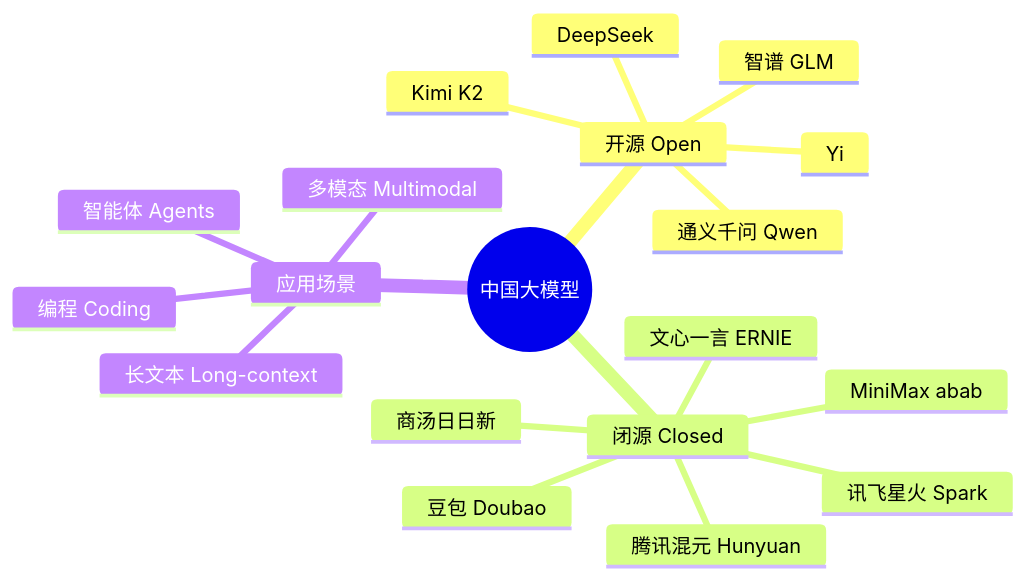
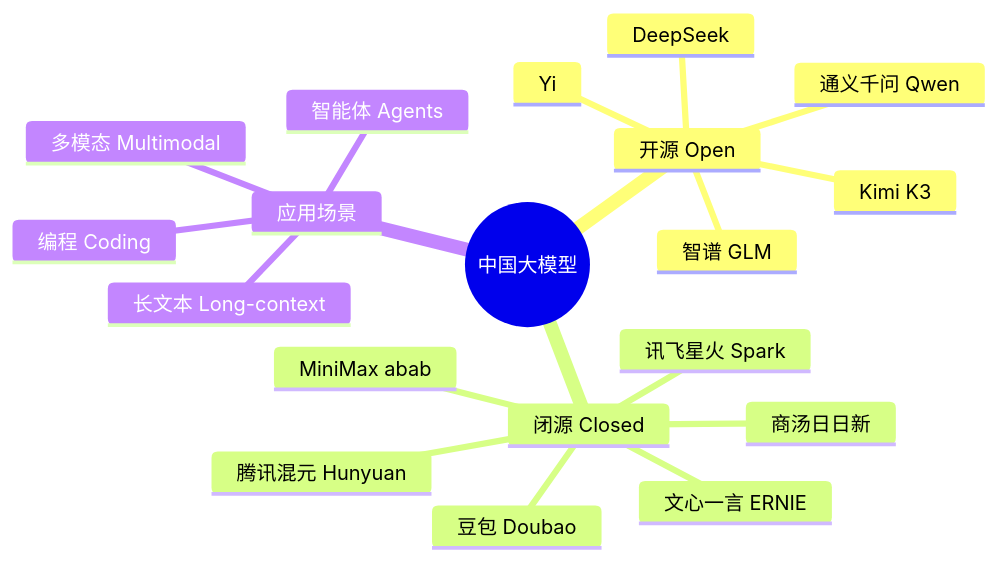
Before and after one commit to HoobenWang/awesome-llm-landscape: the third of 3 diagrams in README.md, drawn with Mermaid. The commit also changed other lines of this file and 2 other files, not shown here.

````diff
--- a/README.md
+++ b/README.md
@@ -255,22 +294,22 @@
 ```mermaid
 mindmap
   root((中国大模型))
     开源 Open
       DeepSeek
       通义千问 Qwen
       智谱 GLM
-      Kimi K2
+      Kimi K3
       Yi
     闭源 Closed
       文心一言 ERNIE
       豆包 Doubao
       腾讯混元 Hunyuan
       商汤日日新
       讯飞星火 Spark
       MiniMax abab
     应用场景
       长文本 Long-context
       编程 Coding
       智能体 Agents
       多模态 Multimodal
 ```
````
